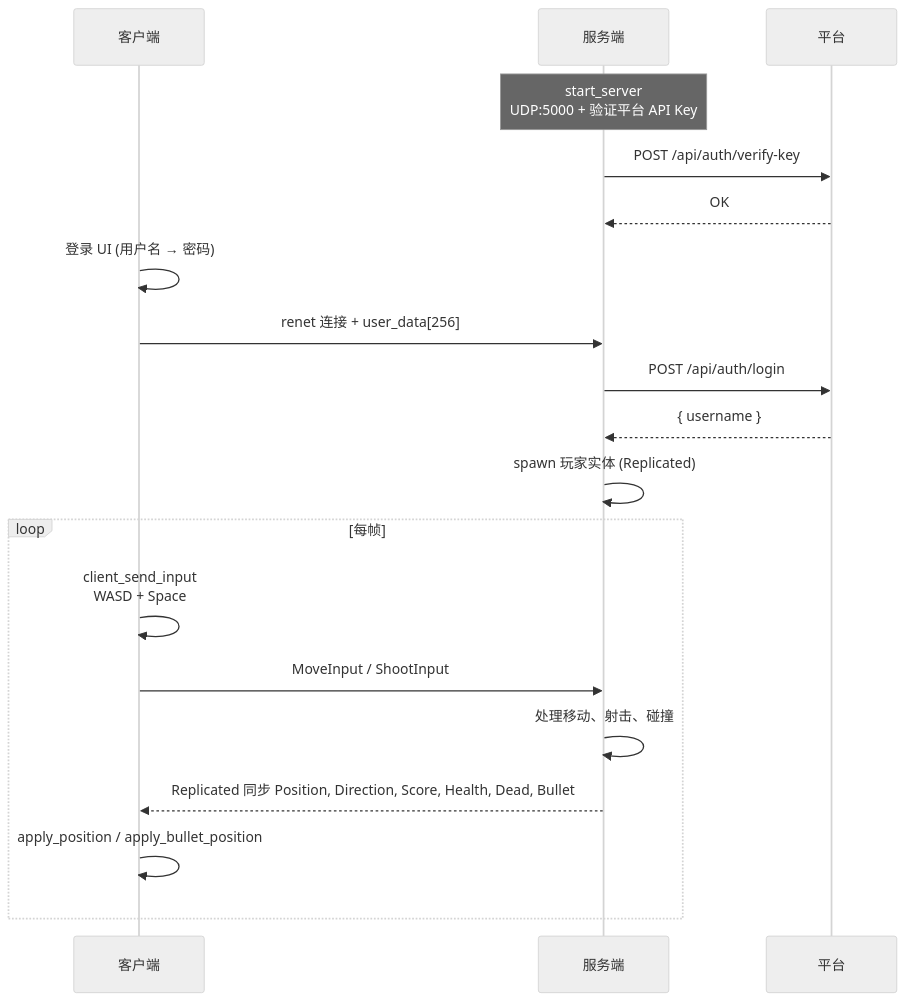
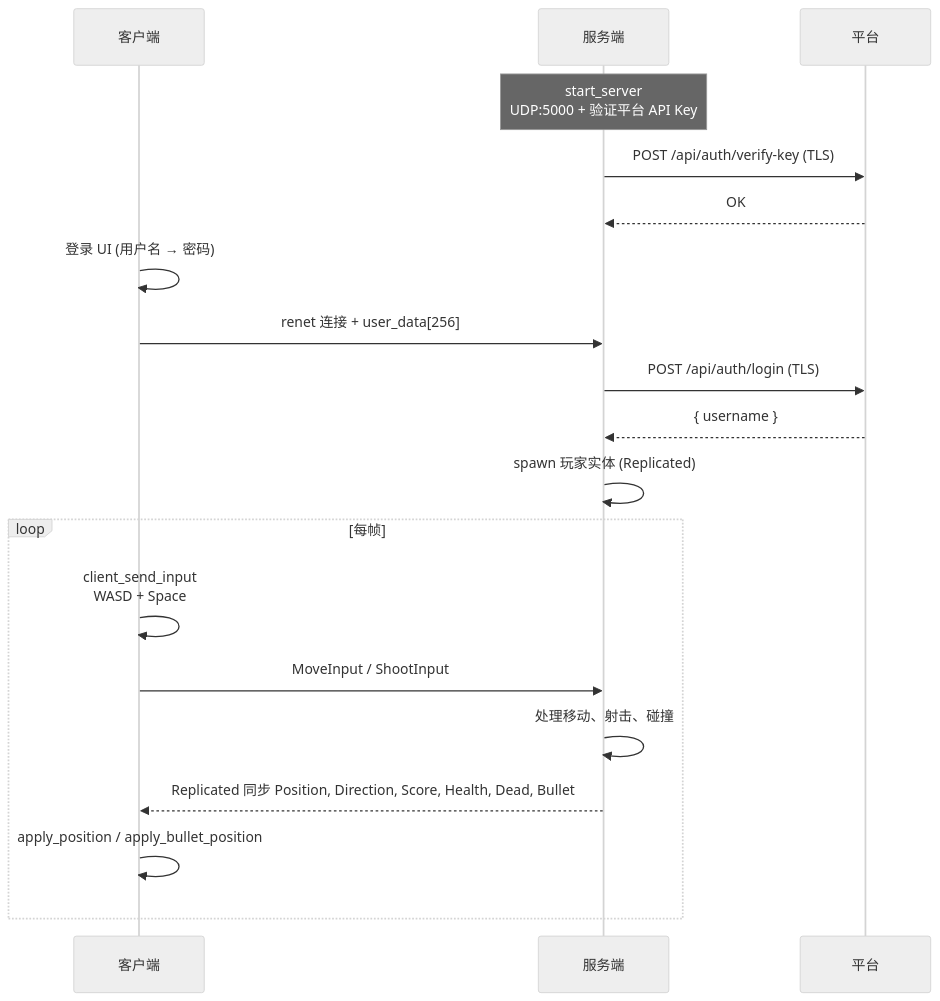
One commit to kindywu/simple_bevy changed the third of 3 diagrams in DESIGN.md. Above: the diagram before and after it, drawn with Mermaid (neutral theme). The commit also changed other lines of this file and 2 other files, not shown here.

````diff
--- a/DESIGN.md
+++ b/DESIGN.md
@@ -276,24 +279,24 @@
 ```mermaid
 sequenceDiagram
     participant C as 客户端
     participant S as 服务端
     participant P as 平台
 
     Note over S: start_server<br/>UDP:5000 + 验证平台 API Key
-    S->>P: POST /api/auth/verify-key
+    S->>P: POST /api/auth/verify-key (TLS)
     P-->>S: OK
 
     C->>C: 登录 UI (用户名 → 密码)
     C->>S: renet 连接 + user_data[256]
-    S->>P: POST /api/auth/login
+    S->>P: POST /api/auth/login (TLS)
     P-->>S: { username }
     S->>S: spawn 玩家实体 (Replicated)
 
     loop 每帧
         C->>C: client_send_input<br/>WASD + Space
         C->>S: MoveInput / ShootInput
         S->>S: 处理移动、射击、碰撞
         S-->>C: Replicated 同步 Position, Direction, Score, Health, Dead, Bullet
         C->>C: apply_position / apply_bullet_position
     end
 ```
````
